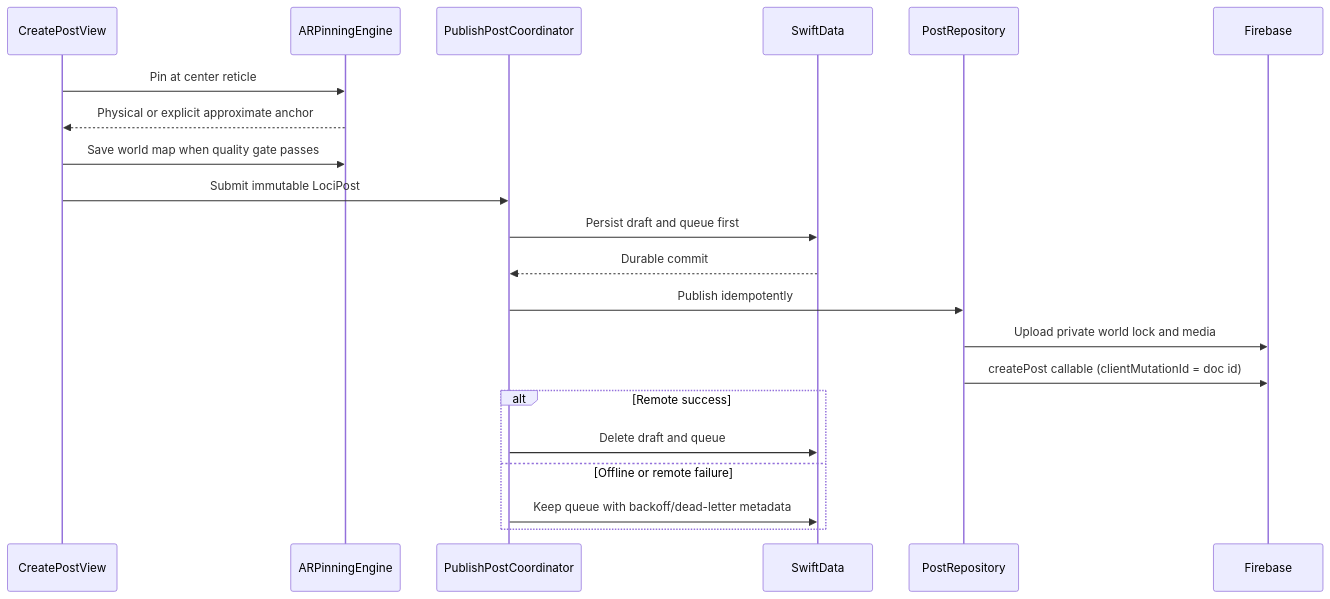
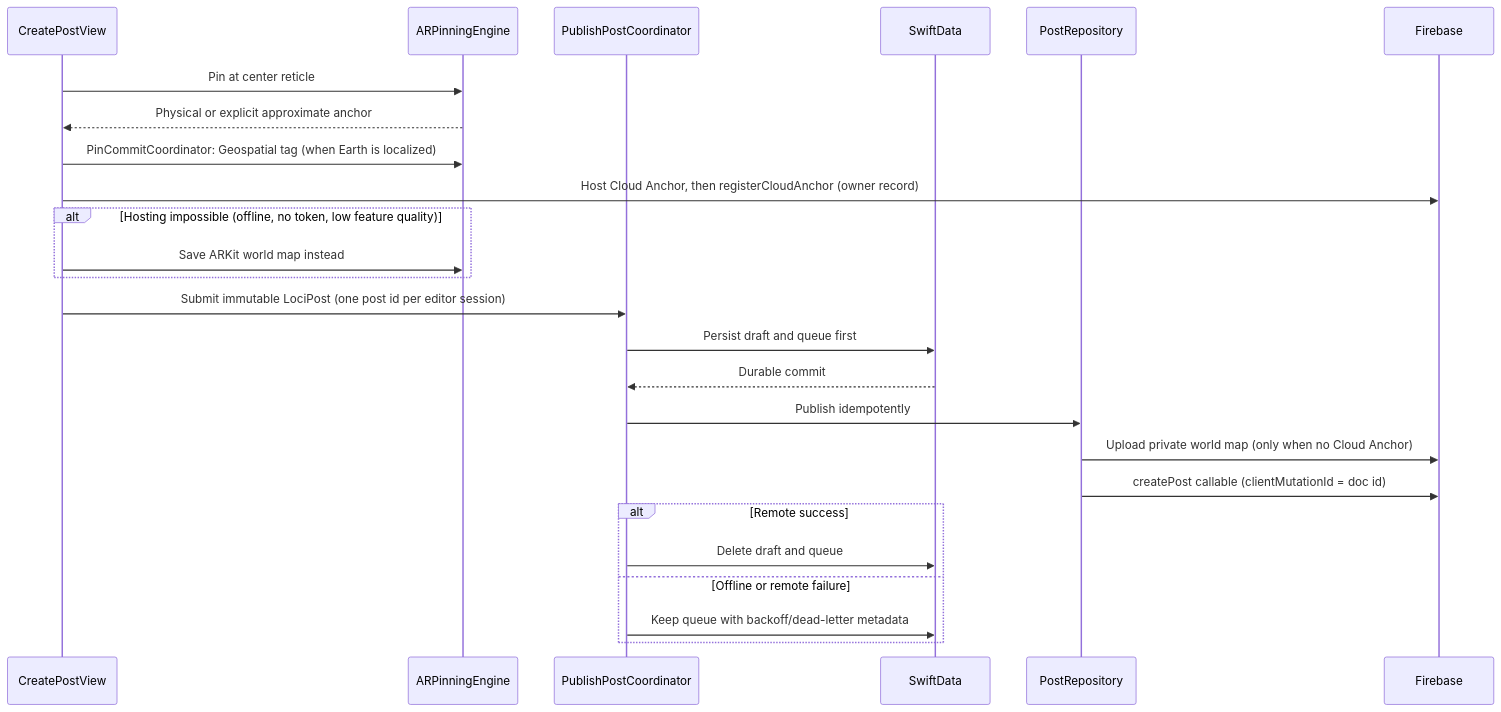
Before and after one commit to CrimsBerith/LociAR: the second of 3 diagrams in ARCHITECTURE.md, drawn with Mermaid. The commit also changed other lines of this file and 13 other files, not shown here.

````diff
--- a/ARCHITECTURE.md
+++ b/ARCHITECTURE.md
@@ -32,24 +33,28 @@
 ```mermaid
 sequenceDiagram
     participant UI as CreatePostView
     participant AR as ARPinningEngine
     participant Saga as PublishPostCoordinator
     participant Local as SwiftData
     participant Repo as PostRepository
     participant Backend as Firebase
 
     UI->>AR: Pin at center reticle
     AR-->>UI: Physical or explicit approximate anchor
-    UI->>AR: Save world map when quality gate passes
-    UI->>Saga: Submit immutable LociPost
+    UI->>AR: PinCommitCoordinator: Geospatial tag (when Earth is localized)
+    UI->>Backend: Host Cloud Anchor, then registerCloudAnchor (owner record)
+    alt Hosting impossible (offline, no token, low feature quality)
+        UI->>AR: Save ARKit world map instead
+    end
+    UI->>Saga: Submit immutable LociPost (one post id per editor session)
     Saga->>Local: Persist draft and queue first
     Local-->>Saga: Durable commit
     Saga->>Repo: Publish idempotently
-    Repo->>Backend: Upload private world lock and media
+    Repo->>Backend: Upload private world map (only when no Cloud Anchor)
     Repo->>Backend: createPost callable (clientMutationId = doc id)
     alt Remote success
         Saga->>Local: Delete draft and queue
     else Offline or remote failure
         Saga->>Local: Keep queue with backoff/dead-letter metadata
     end
 ```
````
